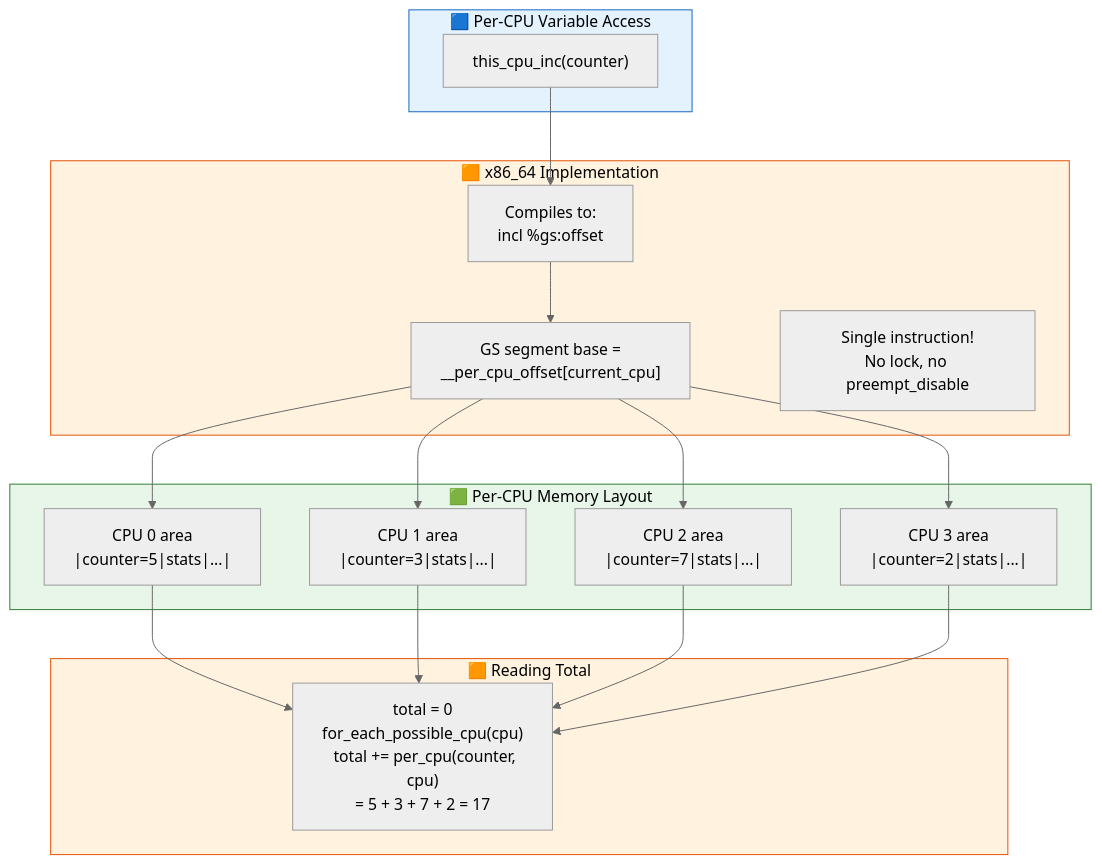
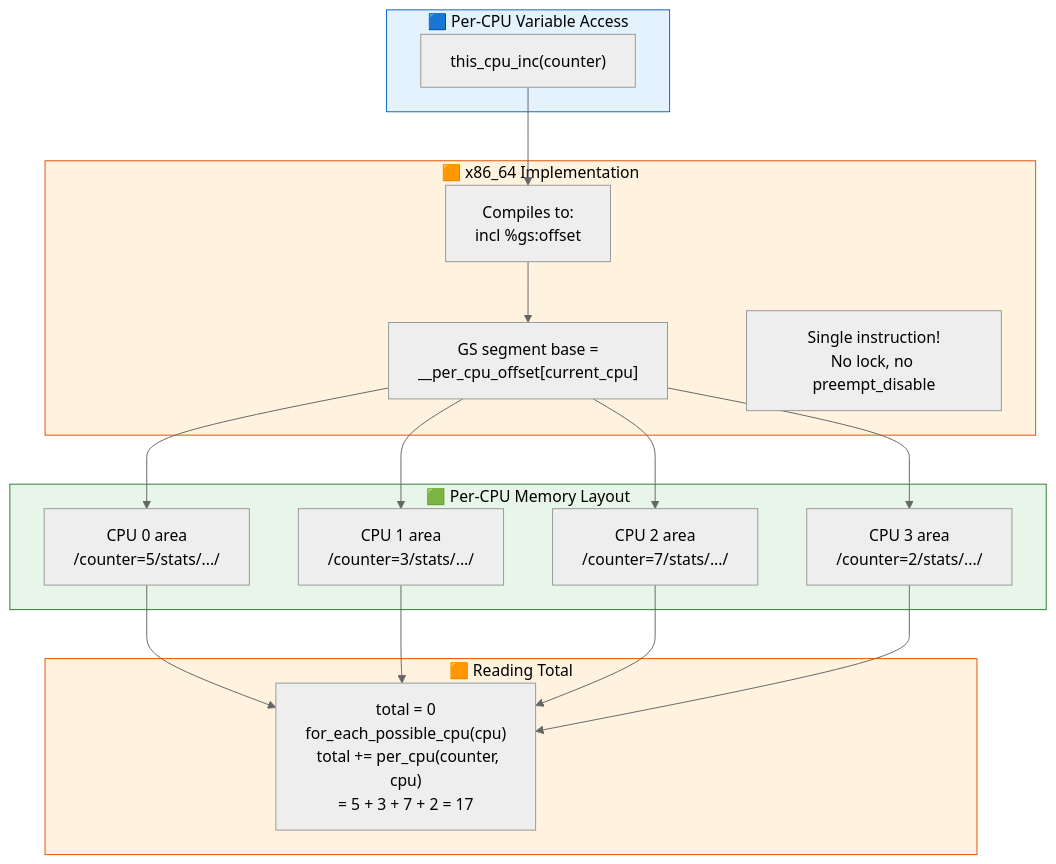
The first of 2 diagrams in MemoryManagement/15_Per_CPU_Variables_and_Memory.md (nilprajapati97/Linux), drawn with Mermaid (neutral theme) before and after one commit. The commit also changed other lines of this file and 68 other files, not shown here.

````diff
--- a/MemoryManagement/15_Per_CPU_Variables_and_Memory.md
+++ b/MemoryManagement/15_Per_CPU_Variables_and_Memory.md
@@ -545,38 +545,38 @@
 ```mermaid
 flowchart TB
     subgraph Access["🟦 Per-CPU Variable Access"]
         A1["this_cpu_inc(counter)"]
     end
 
     subgraph x86_64["🟧 x86_64 Implementation"]
         X1["Compiles to:\nincl %gs:offset"]
         X2["GS segment base =\n__per_cpu_offset[current_cpu]"]
         X3["Single instruction!\nNo lock, no preempt_disable"]
     end
 
     subgraph Memory["🟩 Per-CPU Memory Layout"]
-        CPU0["CPU 0 area\n|counter=5|stats|...|"]
-        CPU1["CPU 1 area\n|counter=3|stats|...|"]
-        CPU2["CPU 2 area\n|counter=7|stats|...|"]
-        CPU3["CPU 3 area\n|counter=2|stats|...|"]
+        CPU0["CPU 0 area\n/counter=5/stats/.../"]
+        CPU1["CPU 1 area\n/counter=3/stats/.../"]
+        CPU2["CPU 2 area\n/counter=7/stats/.../"]
+        CPU3["CPU 3 area\n/counter=2/stats/.../"]
     end
 
     subgraph Sum["🟧 Reading Total"]
         S1["total = 0\nfor_each_possible_cpu(cpu)\n  total += per_cpu(counter, cpu)\n= 5 + 3 + 7 + 2 = 17"]
     end
 
     A1 --> X1 --> X2
     X2 --> CPU0
     X2 --> CPU1
     X2 --> CPU2
     X2 --> CPU3
     CPU0 --> S1
     CPU1 --> S1
     CPU2 --> S1
     CPU3 --> S1
 
     style Access fill:#e3f2fd,stroke:#1565c0,color:#000
     style x86_64 fill:#fff3e0,stroke:#e65100,color:#000
     style Memory fill:#e8f5e9,stroke:#2e7d32,color:#000
     style Sum fill:#fff3e0,stroke:#e65100,color:#000
 ```
````
